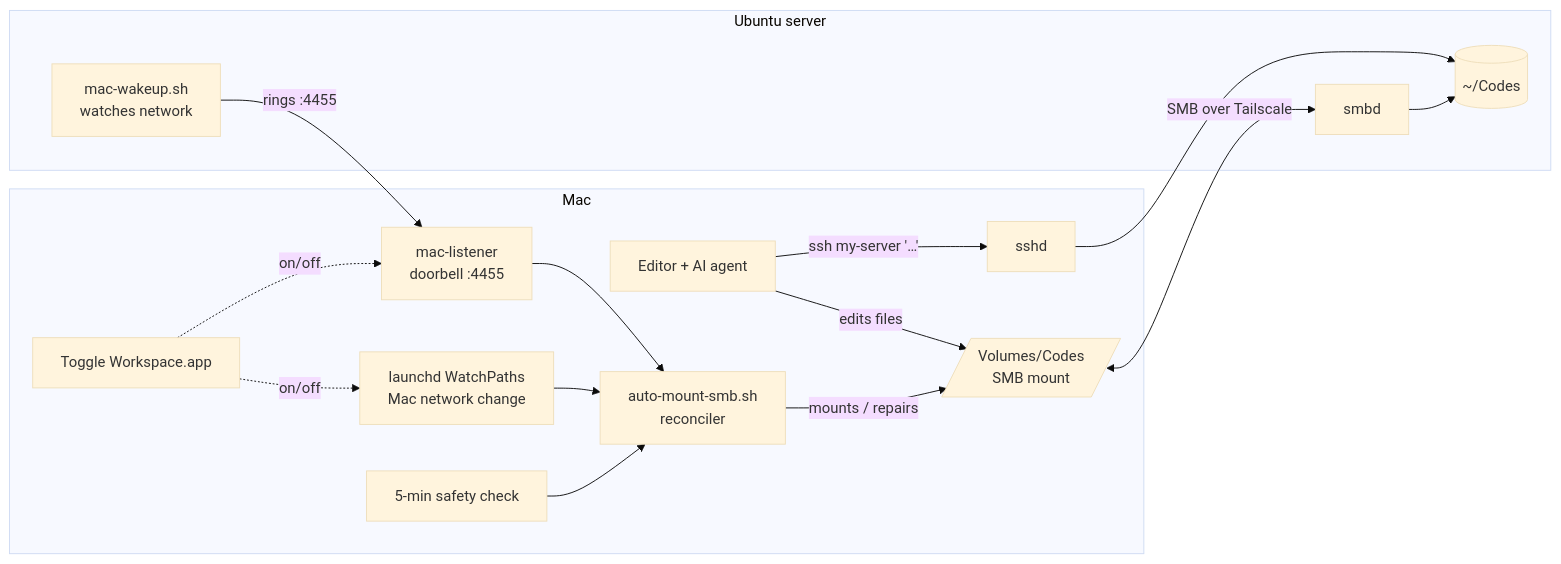
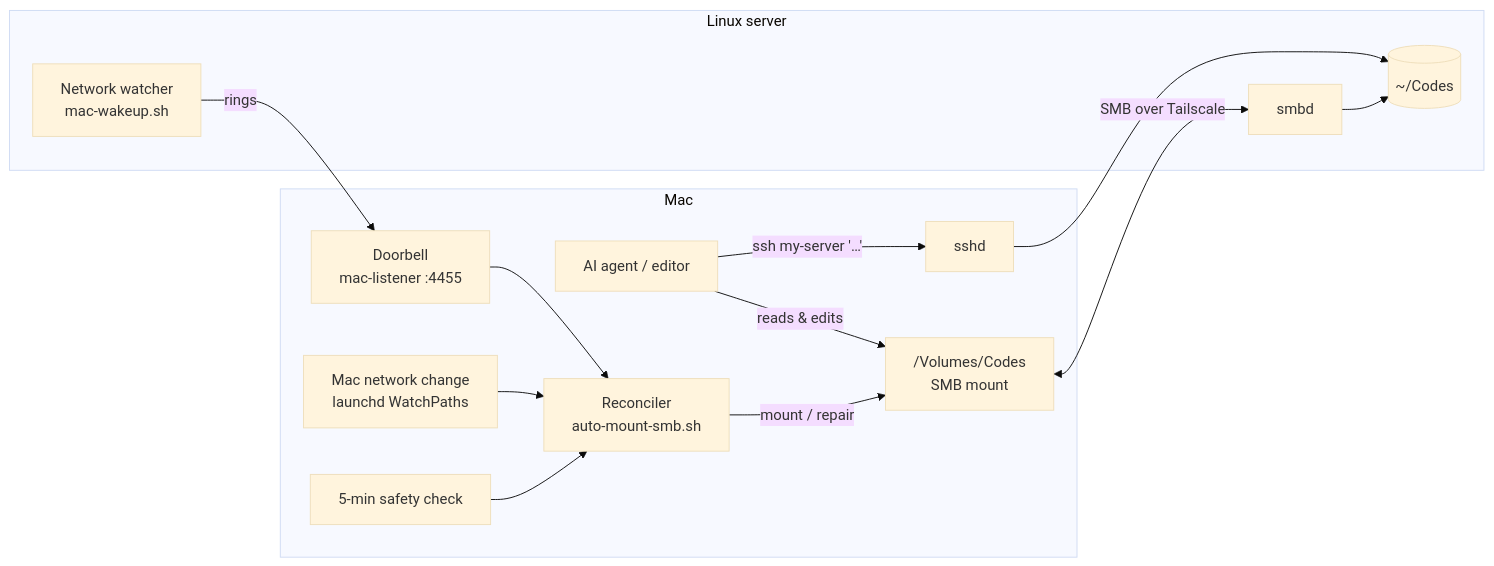
Before and after one commit to manav-bhullar/agent-remote-workspace: the diagram in README.md, drawn with Mermaid (base theme). The commit also changed other lines of this file and 8 other files, not shown here.

Commit message:
Polish repo: value-first README, architecture/setup/troubleshooting docs, installers

````diff
--- a/README.md
+++ b/README.md
@@ -17,18 +24,17 @@
 ```mermaid
 flowchart LR
     subgraph Mac
-        E[Editor + AI agent] -- edits files --> M[/Volumes/Codes<br/>SMB mount/]
-        E -- "ssh my-server '…'" --> S
-        L[mac-listener<br/>doorbell :4455] --> R[auto-mount-smb.sh<br/>reconciler]
-        W[launchd WatchPaths<br/>Mac network change] --> R
+        A[AI agent / editor] -- reads & edits --> M["/Volumes/Codes<br/>SMB mount"]
+        A -- "ssh my-server '…'" --> SSH
+        D[Doorbell<br/>mac-listener :4455] --> R[Reconciler<br/>auto-mount-smb.sh]
+        W[Mac network change<br/>launchd WatchPaths] --> R
         T[5-min safety check] --> R
-        R -- mounts / repairs --> M
-        G[Toggle Workspace.app] -. on/off .-> L & W
+        R -- mount / repair --> M
     end
-    subgraph Server [Ubuntu server]
-        S[sshd] --> C[(~/Codes)]
-        B[smbd] --> C
-        N[mac-wakeup.sh<br/>watches network] -- "rings :4455" --> L
+    subgraph Server [Linux server]
+        SSH[sshd] --> C[(~/Codes)]
+        SMB[smbd] --> C
+        N[Network watcher<br/>mac-wakeup.sh] -- rings --> D
     end
-    M <-- SMB over Tailscale --> B
+    M <-- SMB over Tailscale --> SMB
 ```
````
